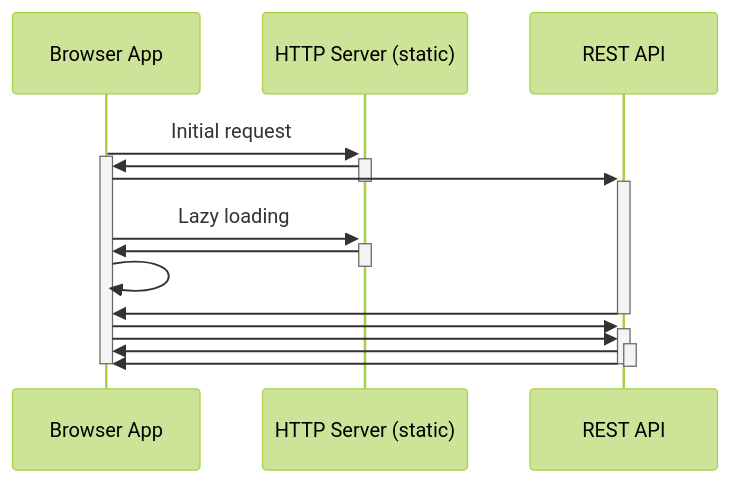
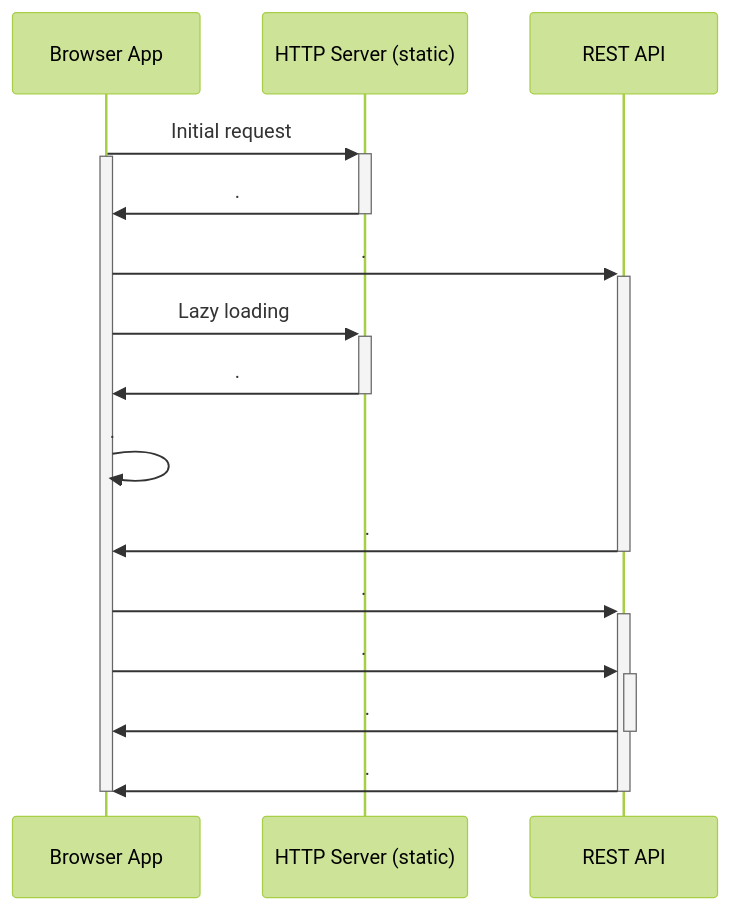
One commit to intershop/intershop-pwa changed the diagram in docs/concepts/deployment-angular.md. Above: the diagram before and after it, drawn with Mermaid (forest theme).

Commit message:
updated diagram

````diff
--- a/docs/concepts/deployment-angular.md
+++ b/docs/concepts/deployment-angular.md
@@ -17,16 +17,16 @@
 ```mermaid
 sequenceDiagram
 Browser App->>+HTTP Server (static): Initial request
 activate Browser App
-HTTP Server (static)->>-Browser App:
-Browser App->>+REST API:
-    Browser App->>+HTTP Server (static): Lazy loading
-    HTTP Server (static)->>-Browser App:
-    Browser App->>Browser App:
-REST API->>-Browser App:
-Browser App->>+REST API:
-Browser App->>+REST API:
-REST API->>-Browser App:
-REST API->>-Browser App:
+HTTP Server (static)->>-Browser App: .
+Browser App->>+REST API: .
+Browser App->>+HTTP Server (static): Lazy loading
+HTTP Server (static)->>-Browser App: .
+Browser App->>Browser App: .
+REST API->>-Browser App: .
+Browser App->>+REST API: .
+Browser App->>+REST API: .
+REST API->>-Browser App: .
+REST API->>-Browser App: .
 deactivate Browser App
 ```
````
